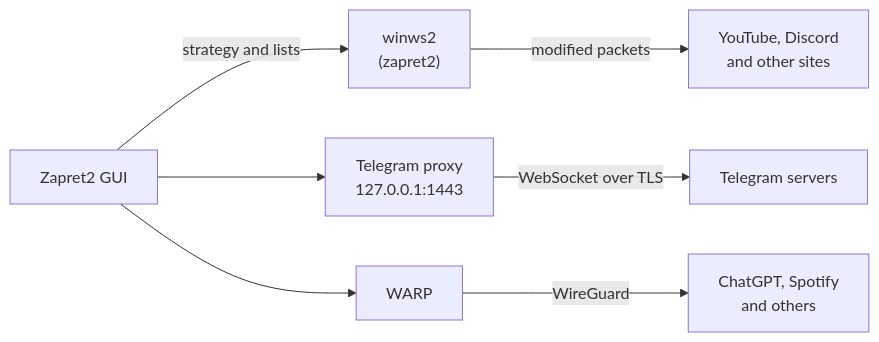
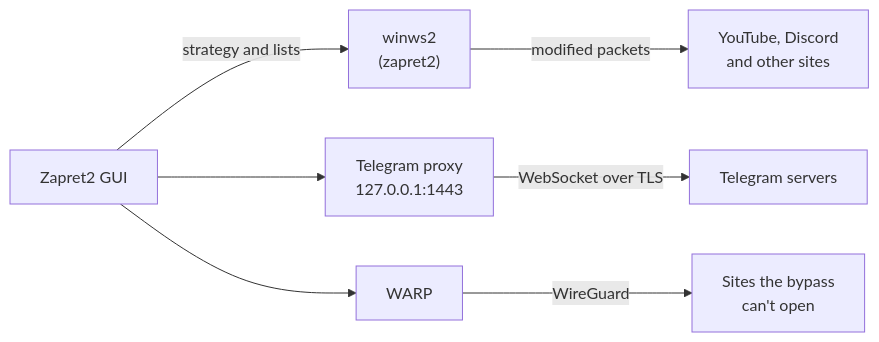
Before and after one commit to raiyaxkrash/zapret2-rust: the diagram in README.en.md, drawn with Mermaid. The commit also changed other lines of this file and 29 other files, not shown here.

````diff
--- a/README.en.md
+++ b/README.en.md
@@ -163,9 +163,9 @@
 ```mermaid
 flowchart LR
     A["Zapret2 GUI"] -->|strategy and lists| B["winws2<br/>(zapret2)"]
     B -->|modified packets| C["YouTube, Discord<br/>and other sites"]
     A --> D["Telegram proxy<br/>127.0.0.1:1443"]
     D -->|WebSocket over TLS| E["Telegram servers"]
     A --> F["WARP"]
-    F -->|WireGuard| G["ChatGPT, Spotify<br/>and others"]
+    F -->|WireGuard| G["Sites the bypass<br/>can't open"]
 ```
````
